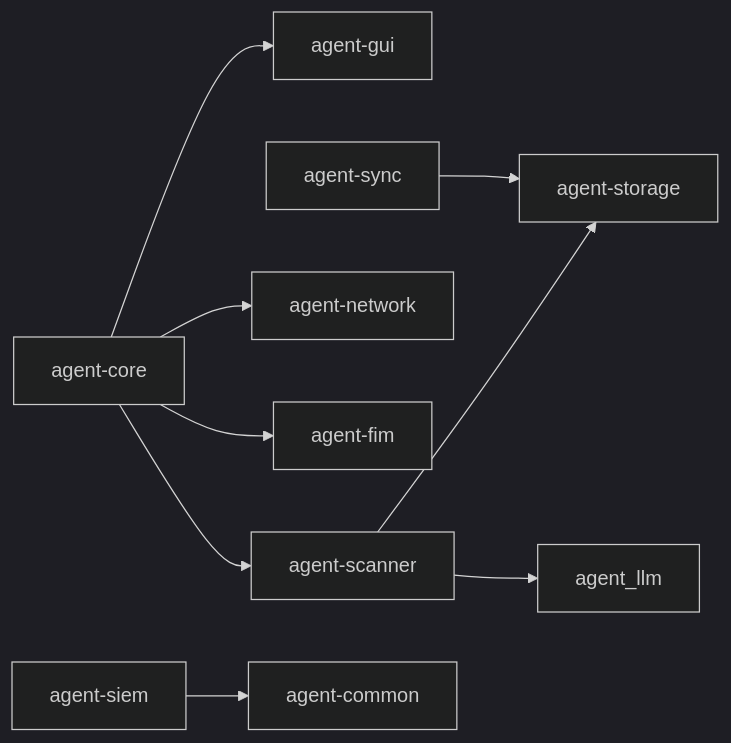
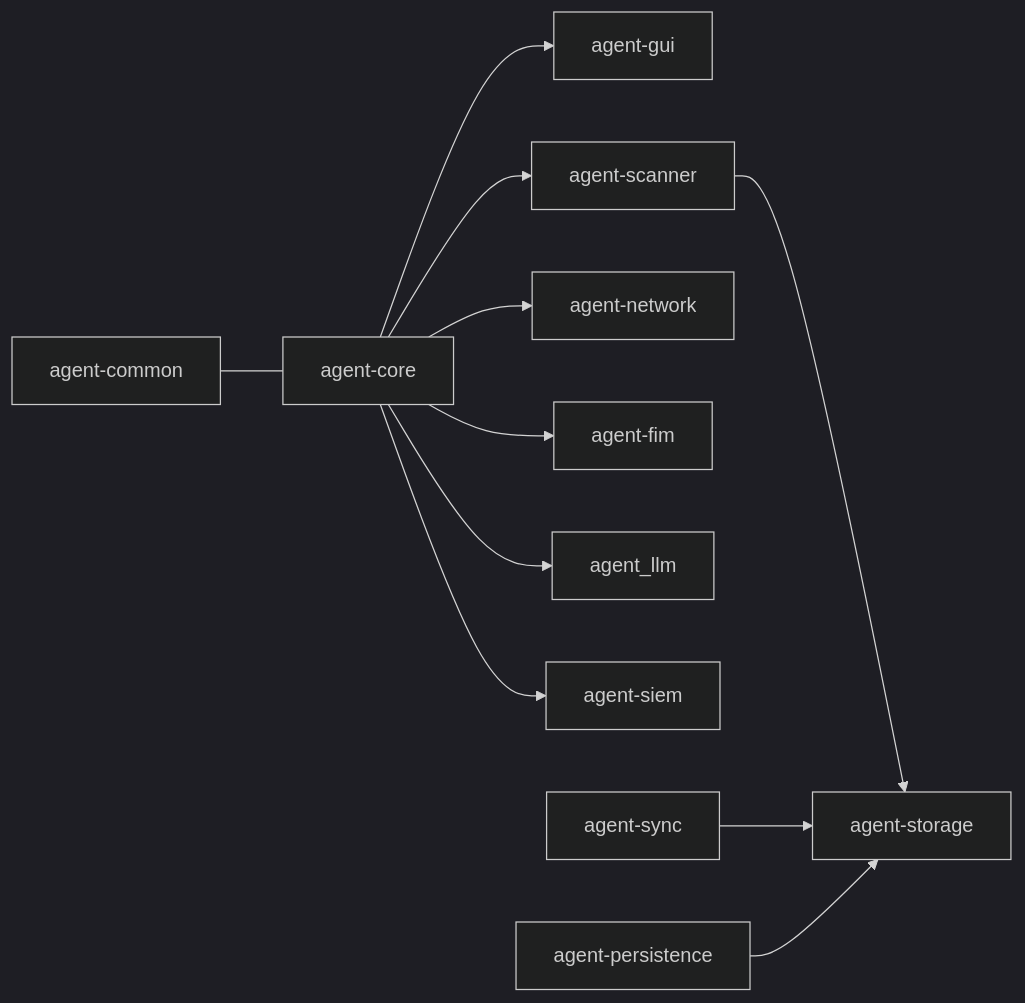
The first of 2 diagrams in CONTRIBUTING.md (CTC-Kernel/sentinel-agent), drawn with Mermaid (dark theme) before and after one commit. The commit also changed other lines of this file and 13 other files, not shown here.

````diff
--- a/CONTRIBUTING.md
+++ b/CONTRIBUTING.md
@@ -59,11 +59,13 @@
 ```mermaid
 graph LR
     Core[agent-core] --> GUI[agent-gui]
     Core --> Scanner[agent-scanner]
     Core --> Net[agent-network]
     Core --> FIM[agent-fim]
+    Core --> LLM[agent_llm]
+    Core --> SIEM[agent-siem]
     Scanner --> Storage[agent-storage]
-    Scanner --> LLM[agent_llm]
     Sync[agent-sync] --> Storage
-    SIEM[agent-siem] --> Common[agent-common]
+    Persist[agent-persistence] --> Storage
+    Common[agent-common] --- Core
 ```
````
